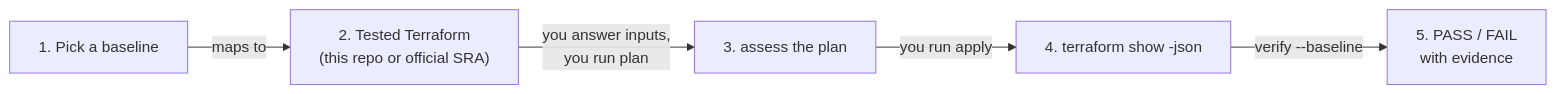
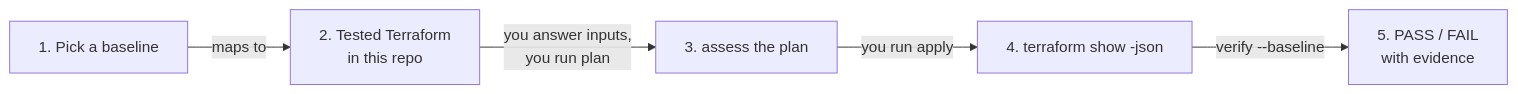
Before and after one commit to bhavink/databricks: the sixth of 6 diagrams in well-architected-agent/GUIDE.md, drawn with Mermaid. The commit also changed other lines of this file and 21 other files, not shown here.

Commit message:
feat: repo is the definitive source; serverless without VNet; all assets tested

````diff
--- a/well-architected-agent/GUIDE.md
+++ b/well-architected-agent/GUIDE.md
@@ -261,7 +261,7 @@
 ```mermaid
 flowchart LR
-  B["1. Pick a baseline"] -->|"maps to"| T["2. Tested Terraform<br/>(this repo or official SRA)"]
+  B["1. Pick a baseline"] -->|"maps to"| T["2. Tested Terraform<br/>in this repo"]
   T -->|"you answer inputs,<br/>you run plan"| P["3. assess the plan"]
   P -->|"you run apply"| S["4. terraform show -json"]
   S -->|"verify --baseline"| V["5. PASS / FAIL<br/>with evidence"]
 ```
````
